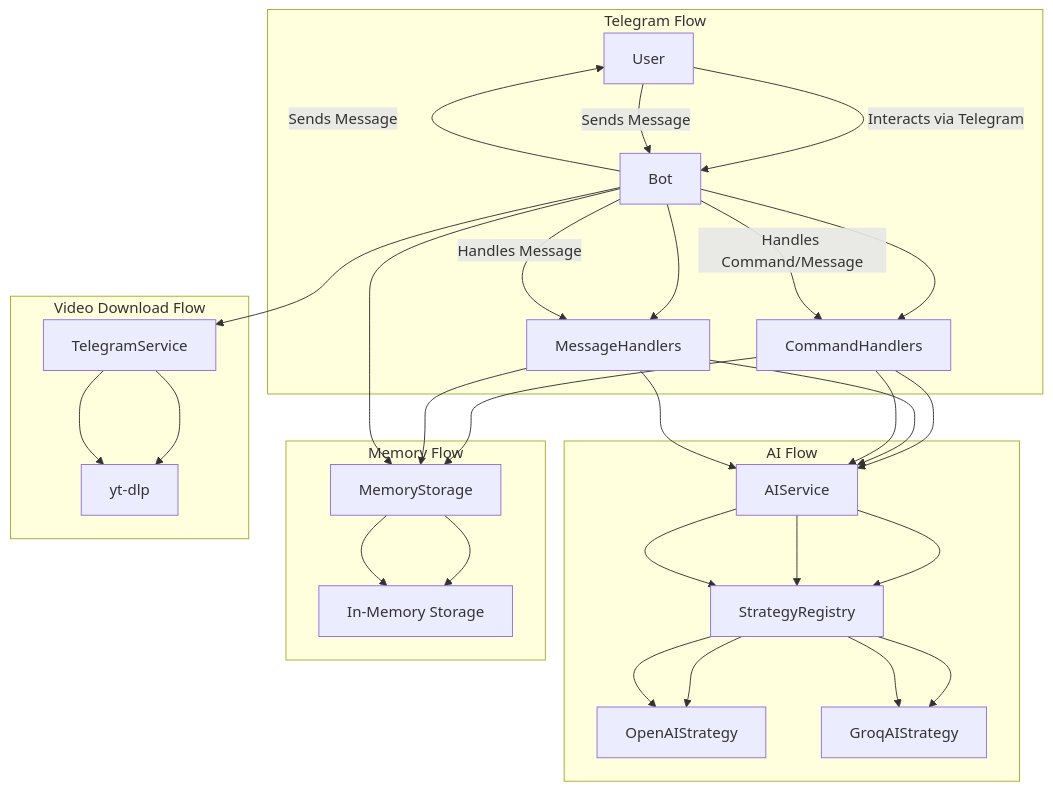
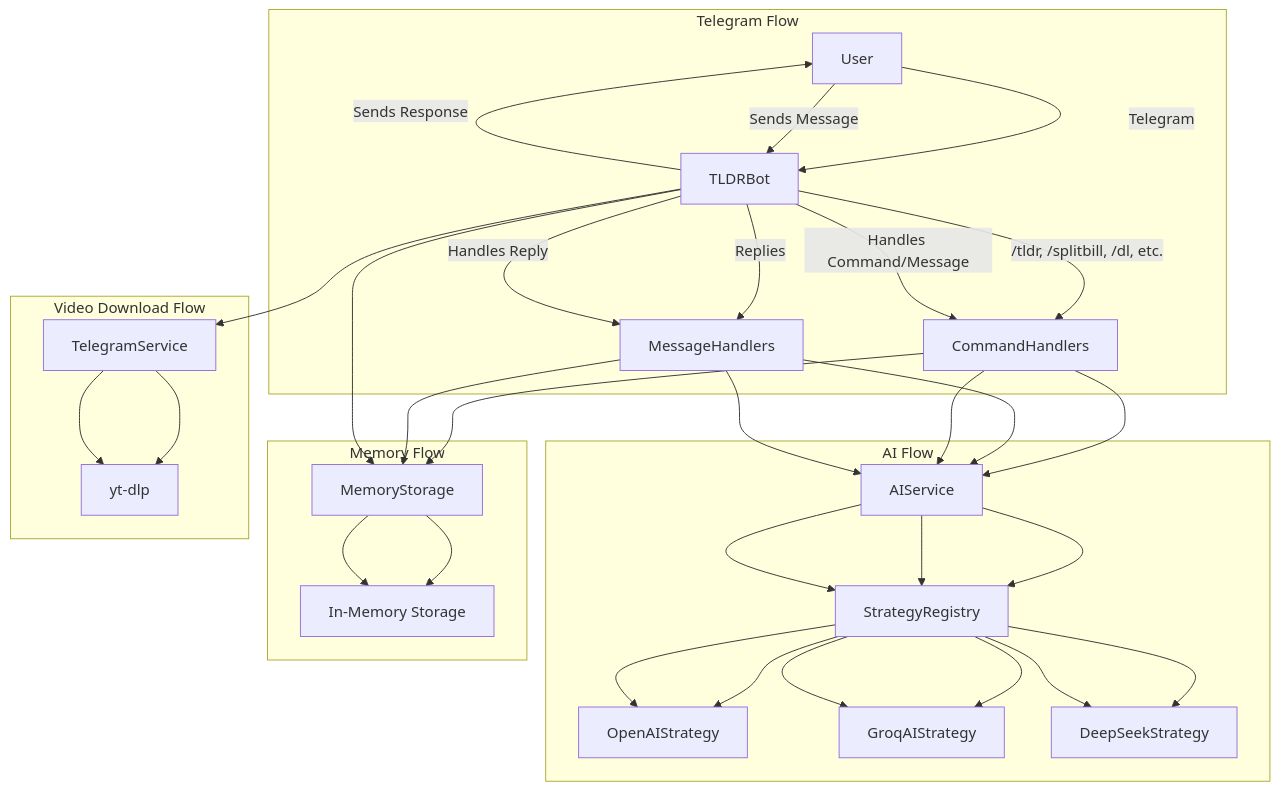
The diagram in README.md (advaitbd/tldrbot), drawn with Mermaid before and after one commit. The commit also changed other lines of this file, not shown here.

````diff
--- a/README.md
+++ b/README.md
@@ -9,40 +55,41 @@
 ```mermaid
 graph TD
-    A[User] -->|Interacts via Telegram| B[Bot]
-    B --> C[CommandHandlers]
-    B --> D[MessageHandlers]
+    A[User] -->|Telegram| B[TLDRBot]
+    B -->|/tldr, /splitbill, /dl, etc.| C[CommandHandlers]
+    B -->|Replies| D[MessageHandlers]
     B --> E[TelegramService]
     C --> F[AIService]
     D --> F
     C --> G[MemoryStorage]
     D --> G
     F --> H[StrategyRegistry]
     H --> I[OpenAIStrategy]
     H --> J[GroqAIStrategy]
-    E --> K[yt-dlp]
-    G --> L[In-Memory Storage]
+    H --> K[DeepSeekStrategy]
+    E --> L[yt-dlp]
+    G --> M[In-Memory Storage]
 
     subgraph Telegram Flow
         A -->|Sends Message| B
         B -->|Handles Command/Message| C
-        B -->|Handles Message| D
+        B -->|Handles Reply| D
     end
 
     subgraph AI Flow
         C --> F --> H
         D --> F --> H
         H --> I
         H --> J
+        H --> K
     end
 
     subgraph Memory Flow
-        B --> G --> L
+        B --> G --> M
     end
 
     subgraph Video Download Flow
-        E --> K
+        E --> L
     end
 
-    B -->|Sends Message| A
-
+    B -->|Sends Response| A
 ```
````
